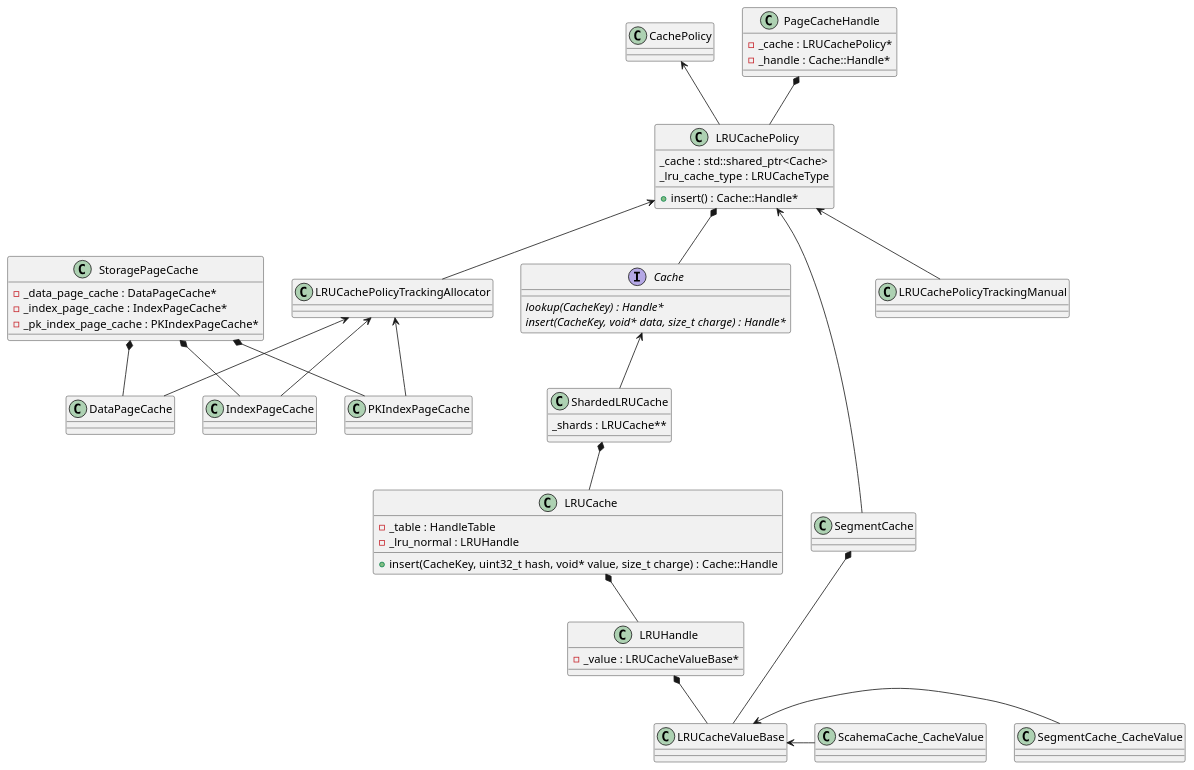
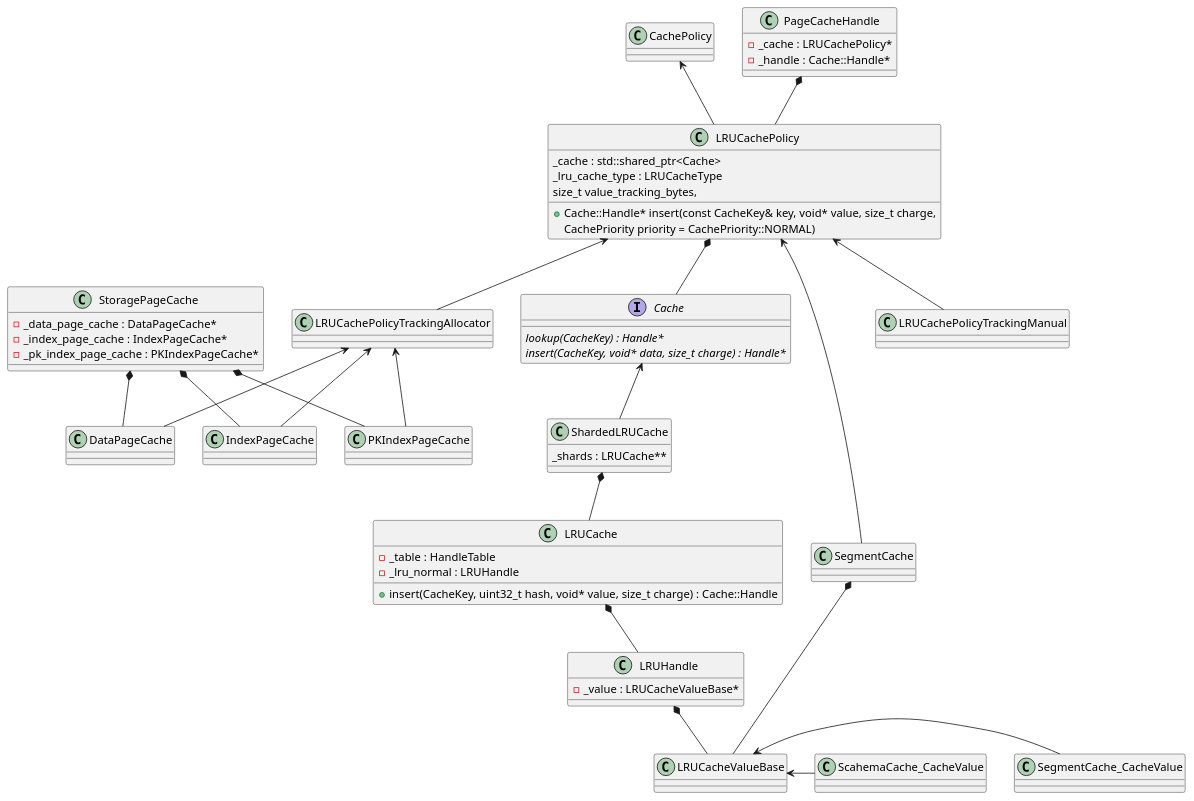
The diagram in pre_post/Doris/Cache.md (zhiqiang-hhhh/zhiqiang-hhhh.github.io), drawn with PlantUML before and after one commit. The commit also changed 2 other files, not shown here.

Commit message:
doris scan

````diff
--- a/pre_post/Doris/Cache.md
+++ b/pre_post/Doris/Cache.md
@@ -1,72 +1,74 @@
 ```plantuml
 class PageCacheHandle {
     - _cache : LRUCachePolicy*
     - _handle : Cache::Handle*
 }
 
 PageCacheHandle *-- LRUCachePolicy
 
 class CachePolicy {
 
 }
 
 LRUCachePolicy -up-> CachePolicy
 LRUCachePolicy *-- Cache
 class LRUCachePolicy {
     _cache : std::shared_ptr<Cache>
     _lru_cache_type : LRUCacheType
-    + insert() : Cache::Handle*
+    + Cache::Handle* insert(const CacheKey& key, void* value, size_t charge,
+                          size_t value_tracking_bytes,
+                          CachePriority priority = CachePriority::NORMAL) 
 }
 
 interface Cache {
     {abstract} lookup(CacheKey) : Handle*
     {abstract} insert(CacheKey, void* data, size_t charge) : Handle*
 }
 
 LRUCachePolicyTrackingAllocator -up-> LRUCachePolicy
 LRUCachePolicyTrackingManual -up-> LRUCachePolicy
 
 DataPageCache -up-> LRUCachePolicyTrackingAllocator
 IndexPageCache -up-> LRUCachePolicyTrackingAllocator
 PKIndexPageCache -up-> LRUCachePolicyTrackingAllocator
 
 class StoragePageCache {
     - _data_page_cache : DataPageCache*
     - _index_page_cache : IndexPageCache*
     - _pk_index_page_cache : PKIndexPageCache*
 }
 
 StoragePageCache *-- DataPageCache
 StoragePageCache *-- IndexPageCache
 StoragePageCache *-- PKIndexPageCache
 
 ShardedLRUCache -up-> Cache
 ShardedLRUCache *-- LRUCache
 class ShardedLRUCache {
     _shards : LRUCache**
 }
 
 class LRUCache {
     - _table : HandleTable
     - _lru_normal : LRUHandle
     + insert(CacheKey, uint32_t hash, void* value, size_t charge) : Cache::Handle
 }
 
 LRUCache *-- LRUHandle
 
 class LRUHandle {
     - _value : LRUCacheValueBase*
 }
 
 LRUHandle *-- LRUCacheValueBase
 
 class LRUCacheValueBase {
 
 }
 
 ScahemaCache_CacheValue -left-> LRUCacheValueBase
 SegmentCache_CacheValue -left-> LRUCacheValueBase
 
 SegmentCache -up-> LRUCachePolicy
 SegmentCache *-- LRUCacheValueBase
 ```
````
